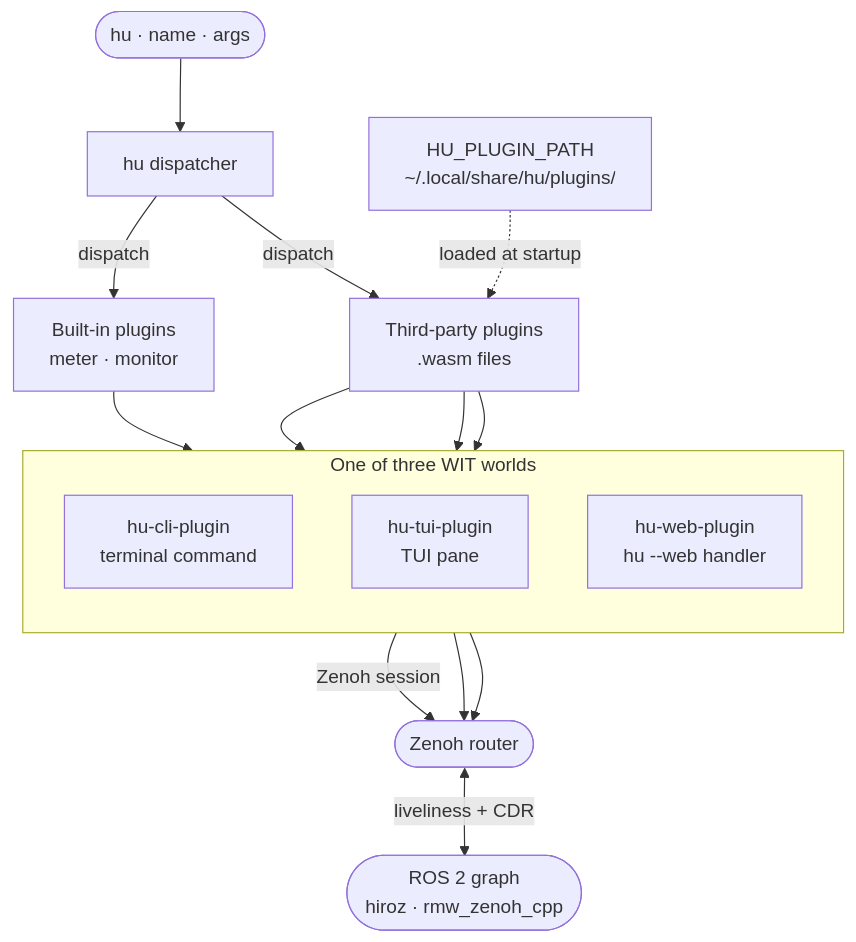
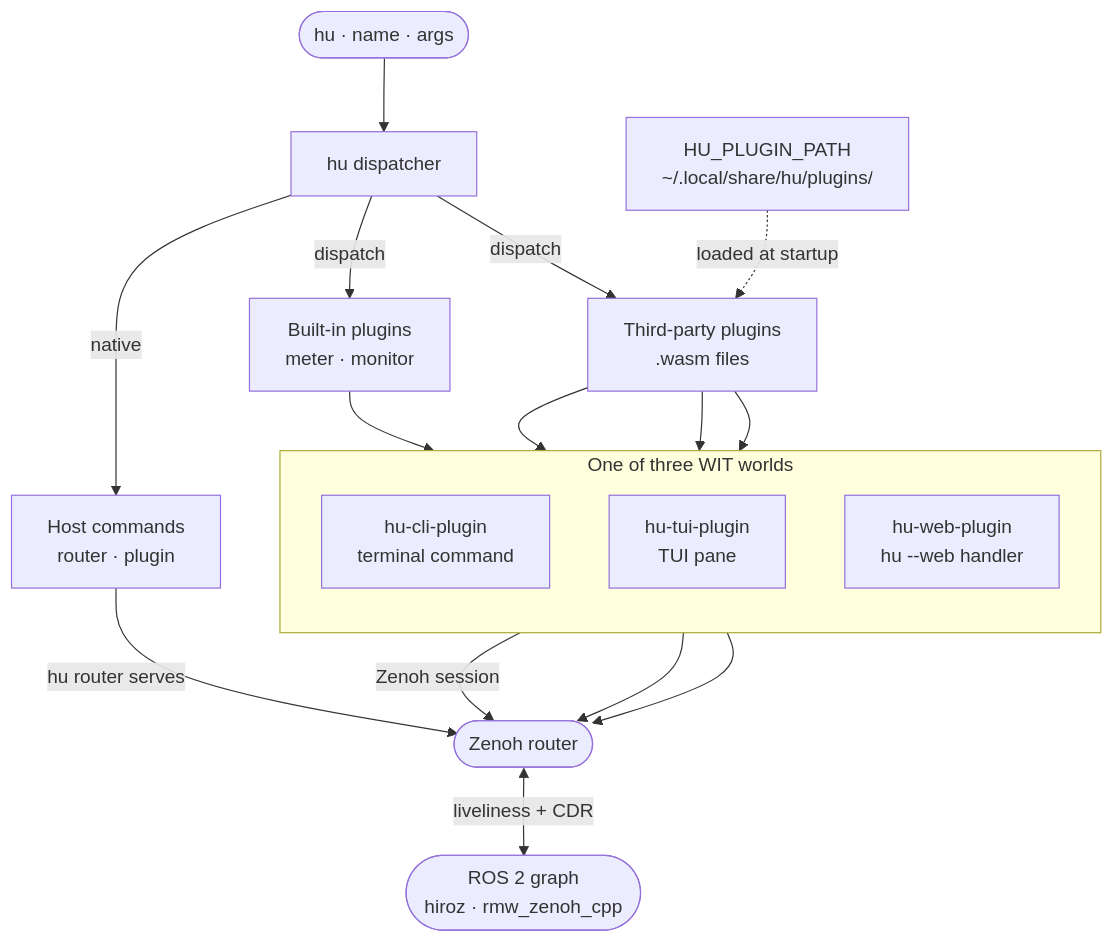
Before and after one commit to ZettaScaleLabs/hiroz: the diagram in docs/tools/why-hu.md, drawn with Mermaid. The commit also changed other lines of this file and 1 other file, not shown here.

First line of the commit message:
docs(hu): distinguish native host commands from plugins

````diff
--- a/docs/tools/why-hu.md
+++ b/docs/tools/why-hu.md
@@ -11,28 +14,30 @@
 ```mermaid
 graph TD
-    accTitle: The hu toolkit — dispatcher, plugins, and the three WIT worlds over Zenoh
-    accDescr: The hu binary dispatches a subcommand to a plugin. Built-in plugins (meter, monitor) and third-party WASM plugins both implement one of three WIT worlds (CLI, TUI, web) and reach the ROS 2 graph through a shared Zenoh router.
+    accTitle: The hu toolkit — dispatcher routing to native host commands or sandboxed plugins over Zenoh
+    accDescr: The hu binary dispatches a subcommand either to a native host command (router, plugin) or to a plugin. Built-in plugins (meter, monitor) and third-party WASM plugins implement one of three WIT worlds (CLI, TUI, web). Everything reaches the ROS 2 graph through a shared Zenoh router.
 
     user(["hu · name · args"]) --> disp["hu dispatcher"]
 
+    disp -->|native| host["Host commands<br>router · plugin"]
     disp -->|dispatch| builtin["Built-in plugins<br>meter · monitor"]
     disp -->|dispatch| wasm["Third-party plugins<br>.wasm files"]
     path["HU_PLUGIN_PATH<br>~/.local/share/hu/plugins/"] -. loaded at startup .-> wasm
 
     subgraph "One of three WIT worlds"
         direction TB
         cli["hu-cli-plugin<br>terminal command"]
         tui["hu-tui-plugin<br>TUI pane"]
         web["hu-web-plugin<br>hu --web handler"]
     end
 
     builtin --> cli
     wasm --> cli
     wasm --> tui
     wasm --> web
 
-    cli -->|Zenoh session| router(["Zenoh router"])
+    host -->|hu router serves| router(["Zenoh router"])
+    cli -->|Zenoh session| router
     tui --> router
     web --> router
     router <-->|liveliness + CDR| ros2graph(["ROS 2 graph<br>hiroz · rmw_zenoh_cpp"])
 ```
````
